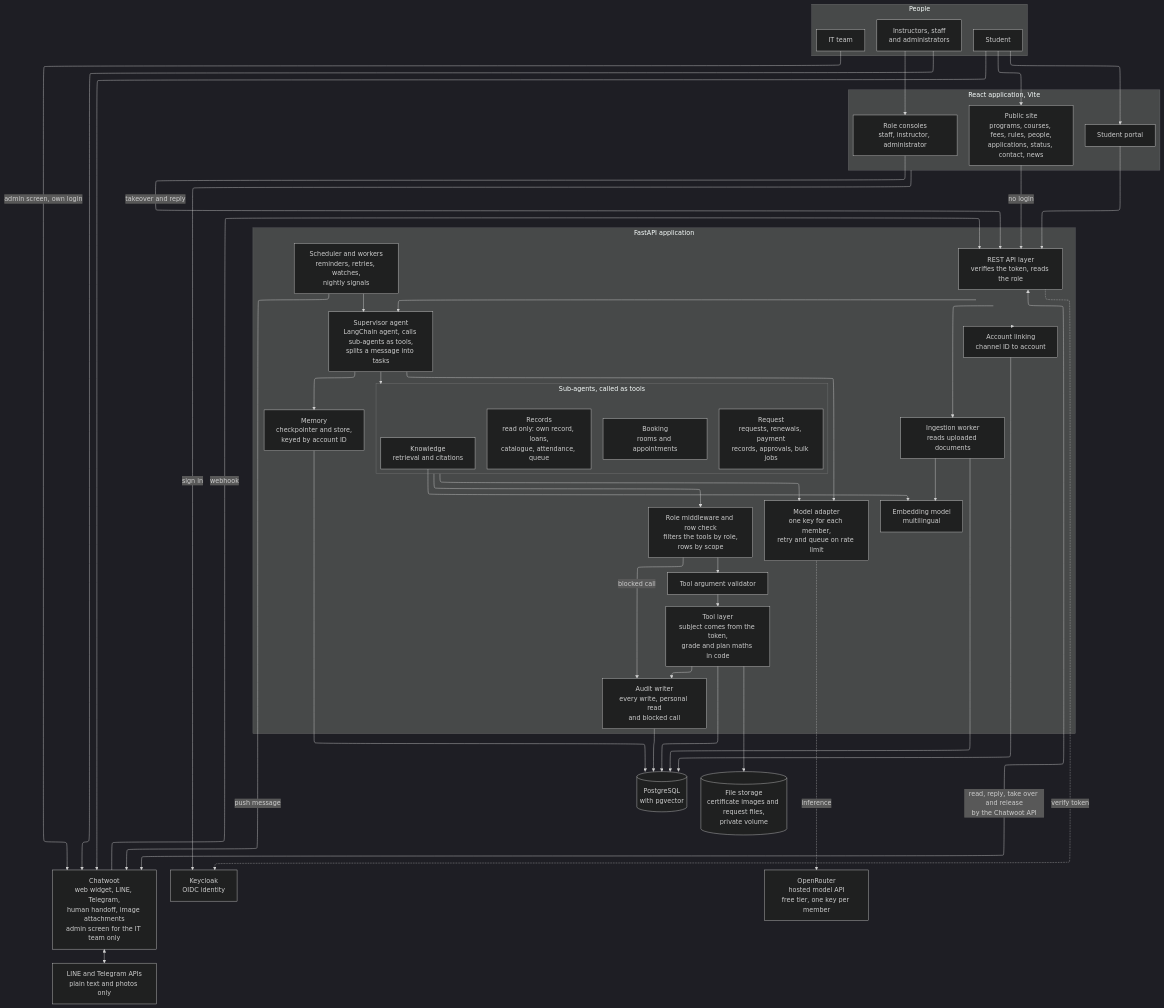
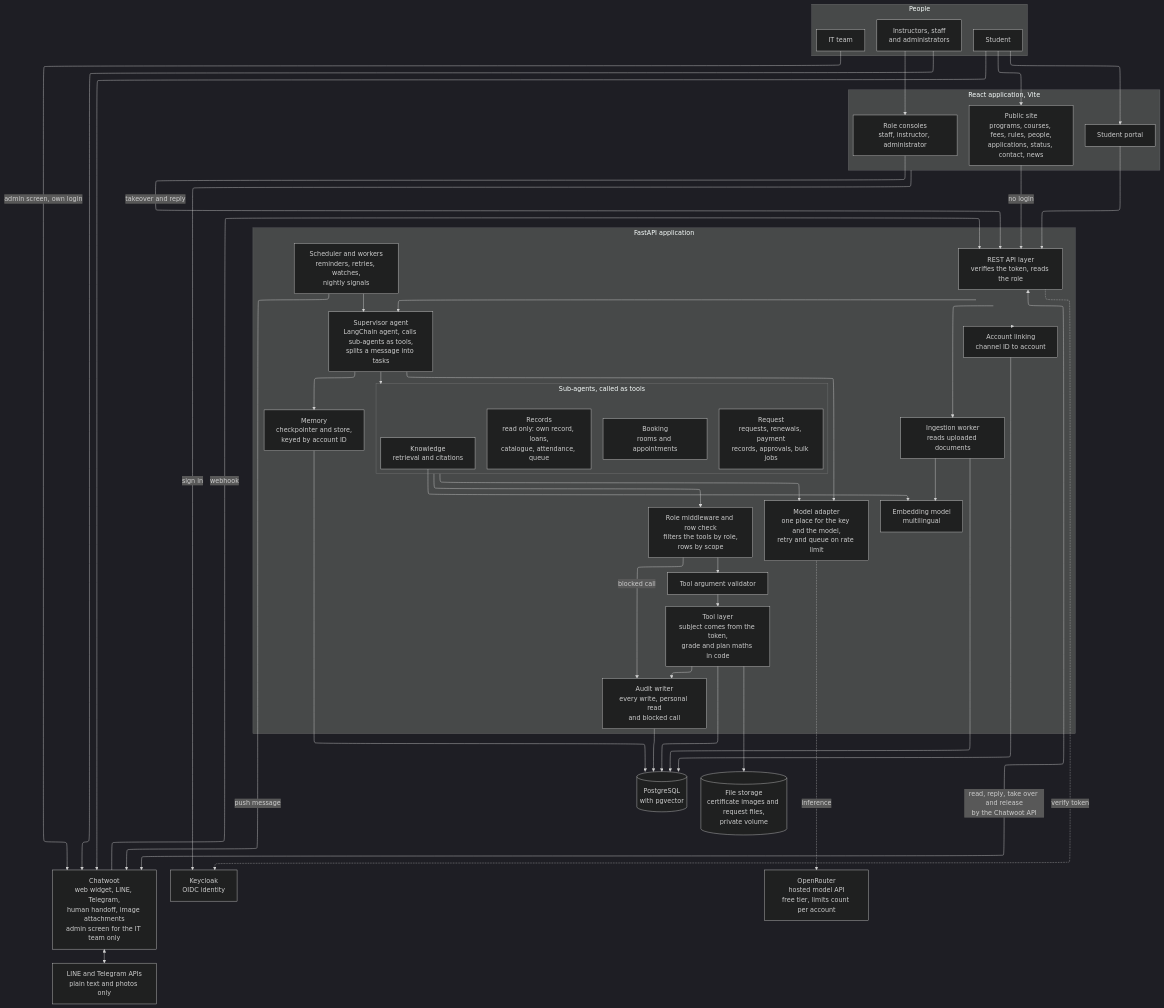
Before and after one commit to SaiWaiYanLynn/smart-university-website: the diagram in design/diagrams/01_architecture.mmd, drawn with Mermaid (dark theme). The commit also changed 9 other files, not shown here.

Commit message:
Align feasibility v3, diagrams and notes with the extended scope

```diff
--- a/design/diagrams/01_architecture.mmd
+++ b/design/diagrams/01_architecture.mmd
@@ -1,89 +1,89 @@
 ---
 config:
   layout: elk
 ---
 flowchart TB
   subgraph Users["People"]
     STU["Student"]
     STF["Instructors, staff<br/>and administrators"]
     ITT["IT team"]
   end
 
   subgraph Frontend["React application, Vite"]
     PUB["Public site<br/>programs, courses, fees, rules, people,<br/>applications, status, contact, news"]
     POR["Student portal"]
     CON["Role consoles<br/>staff, instructor, administrator"]
   end
 
   CWT["Chatwoot<br/>web widget, LINE, Telegram,<br/>human handoff, image attachments<br/>admin screen for the IT team only"]
   CHN["LINE and Telegram APIs<br/>plain text and photos only"]
 
   subgraph API["FastAPI application"]
     REST["REST API layer<br/>verifies the token, reads the role"]
     LNK["Account linking<br/>channel ID to account"]
     SUP["Supervisor agent<br/>LangChain agent, calls sub-agents as tools,<br/>splits a message into tasks"]
     MEM["Memory<br/>checkpointer and store,<br/>keyed by account ID"]
     SCH["Scheduler and workers<br/>reminders, retries, watches,<br/>nightly signals"]
     subgraph AG["Sub-agents, called as tools"]
       K["Knowledge<br/>retrieval and citations"]
       R["Records<br/>read only: own record, loans,<br/>catalogue, attendance, queue"]
       B["Booking<br/>rooms and appointments"]
       Q["Request<br/>requests, renewals, payment<br/>records, approvals, bulk jobs"]
     end
     ROLE["Role middleware and row check<br/>filters the tools by role,<br/>rows by scope"]
     VAL["Tool argument validator"]
     TOOL["Tool layer<br/>subject comes from the token,<br/>grade and plan maths in code"]
     AUD["Audit writer<br/>every write, personal read<br/>and blocked call"]
     ING["Ingestion worker<br/>reads uploaded documents"]
     EMB["Embedding model<br/>multilingual"]
-    LLM["Model adapter<br/>one key for each member,<br/>retry and queue on rate limit"]
+    LLM["Model adapter<br/>one place for the key and the model,<br/>retry and queue on rate limit"]
   end
 
   PG[("PostgreSQL<br/>with pgvector")]
   FS[("File storage<br/>certificate images and request files,<br/>private volume")]
   KC["Keycloak<br/>OIDC identity"]
-  OR["OpenRouter<br/>hosted model API<br/>free tier, one key per member"]
+  OR["OpenRouter<br/>hosted model API<br/>free tier, limits count per account"]
 
   STU --> PUB
   STU --> POR
   STU --> CWT
   STF --> CON
   STF --> CWT
   ITT -- "admin screen, own login" --> CWT
   CWT <--> CHN
 
   PUB -- "no login" --> REST
   POR --> REST
   CON -- "takeover and reply" --> REST
   CWT -- webhook --> REST
   REST <-- "read, reply, take over and release<br/>by the Chatwoot API" --> CWT
 
   REST --> SUP
   REST -. verify token .-> KC
   Frontend -- "sign in" --> KC
   REST --> LNK
   LNK --> PG
   REST --> ING
 
   SUP --> MEM
   MEM --> PG
   SCH --> SUP
   SCH -- "push message" --> CWT
 
   SUP --> AG
   AG --> ROLE
   ROLE --> VAL
   VAL --> TOOL
   ROLE -- "blocked call" --> AUD
 
   TOOL --> PG
   TOOL --> FS
   TOOL --> AUD
   AUD --> PG
   ING --> EMB
   K --> EMB
   ING --> PG
 
   SUP --> LLM
   AG --> LLM
   LLM -. inference .-> OR
```
